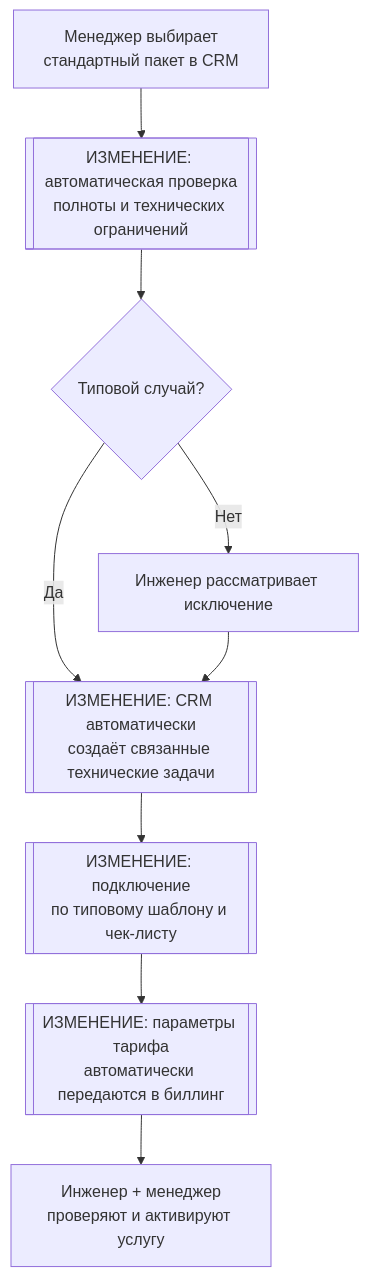
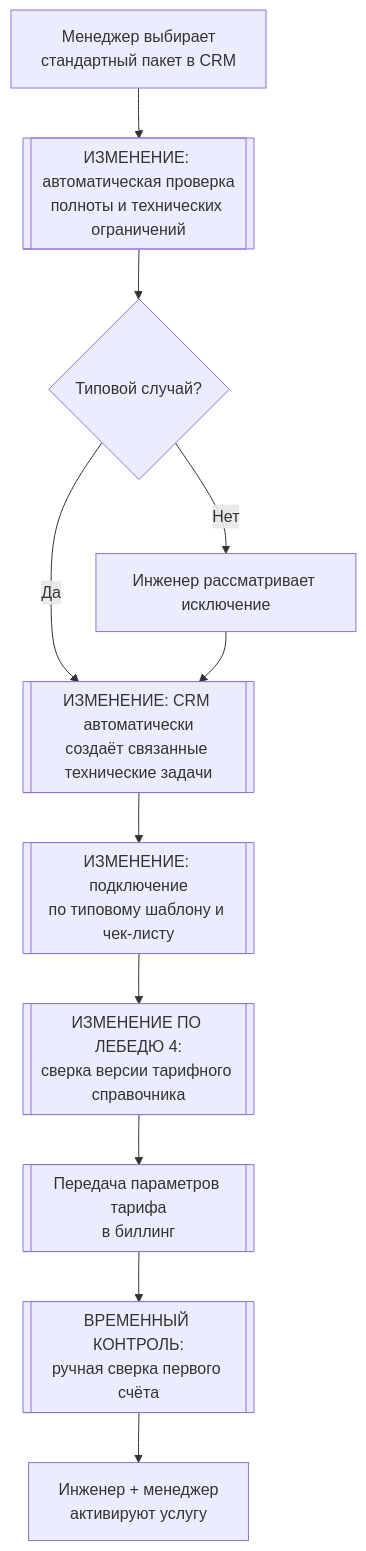
The second of 4 diagrams in ПР3/ПР3.md (GusyLebedy/Enterprise_Information_Technology_Management_2026-2027), drawn with Mermaid before and after one commit. The commit also changed other lines of this file, not shown here.

````diff
--- a/ПР3/ПР3.md
+++ b/ПР3/ПР3.md
@@ -104,11 +126,13 @@
 ```mermaid
 flowchart TD
     A[Менеджер выбирает<br/>стандартный пакет в CRM] --> B[[ИЗМЕНЕНИЕ: автоматическая проверка<br/>полноты и технических ограничений]]
     B --> C{Типовой случай?}
     C -- Да --> D[[ИЗМЕНЕНИЕ: CRM автоматически<br/>создаёт связанные технические задачи]]
     C -- Нет --> E[Инженер рассматривает исключение]
     E --> D
     D --> F[[ИЗМЕНЕНИЕ: подключение<br/>по типовому шаблону и чек-листу]]
-    F --> G[[ИЗМЕНЕНИЕ: параметры тарифа<br/>автоматически передаются в биллинг]]
-    G --> H[Инженер + менеджер<br/>проверяют и активируют услугу]
+    F --> M[[ИЗМЕНЕНИЕ ПО ЛЕБЕДЮ 4:<br/>сверка версии тарифного справочника]]
+    M --> G[[Передача параметров тарифа<br/>в биллинг]]
+    G --> V[[ВРЕМЕННЫЙ КОНТРОЛЬ:<br/>ручная сверка первого счёта]]
+    V --> H[Инженер + менеджер<br/>активируют услугу]
 ```
````
